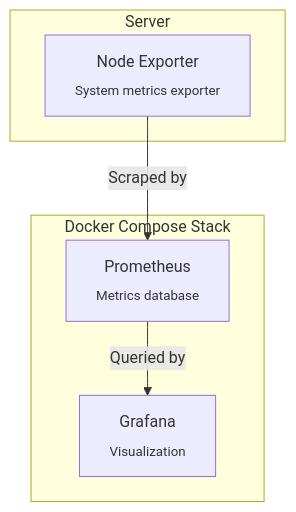
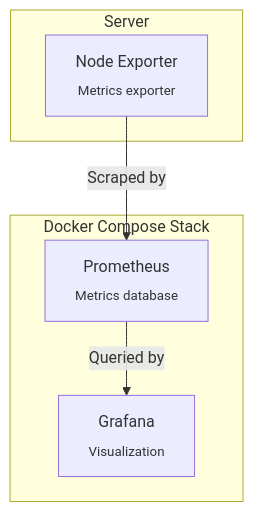
One commit to Kovalenkolex/Monitoring changed the diagram in README.md. Above: the diagram before and after it, drawn with Mermaid. The commit also changed other lines of this file, not shown here.

````diff
--- a/README.md
+++ b/README.md
@@ -14,14 +14,14 @@
 ```mermaid
 graph TD
-    A[Node Exporter<br><sub>System metrics exporter</sub>] -->|Scraped by| B[Prometheus<br><sub>Metrics database</sub>]
+    A[Node Exporter<br><sub>Metrics exporter</sub>] -->|Scraped by| B[Prometheus<br><sub>Metrics database</sub>]
     B -->|Queried by| C[Grafana<br><sub>Visualization</sub>]
 
     subgraph Server
         A
     end
 
     subgraph Docker Compose Stack
         B
         C
     end
 ```
````
